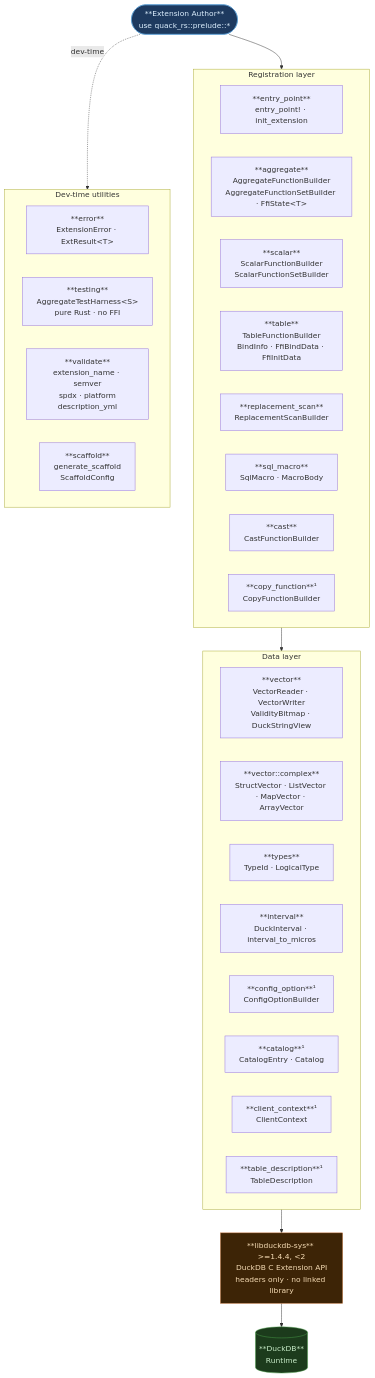
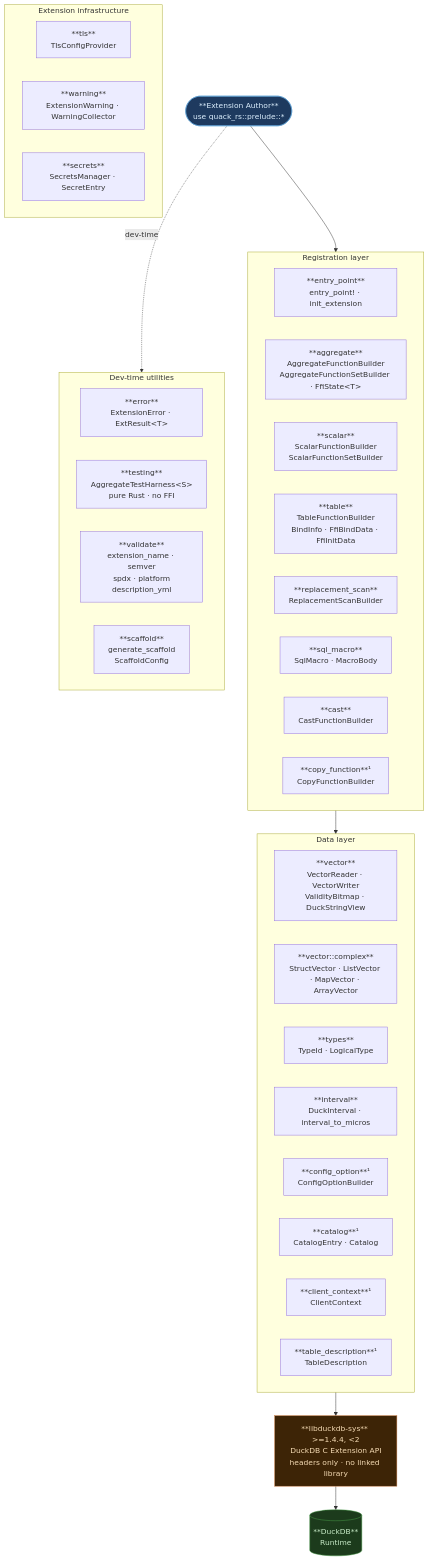
The diagram in README.md (killzoner/quack-rs), drawn with Mermaid before and after one commit. The commit also changed other lines of this file and 12 other files, not shown here.

First line of the commit message:
feat: add tls, warning, secrets modules and enhance ExtensionError for v0.12.0

````diff
--- a/README.md
+++ b/README.md
@@ -577,50 +587,57 @@
 ```mermaid
 flowchart TB
     Author(["**Extension Author**<br/>use quack_rs::prelude::*"]):::author
 
     subgraph REG ["Registration layer"]
         direction LR
         EP["**entry_point**<br/>entry_point! · init_extension"]
         AGG["**aggregate**<br/>AggregateFunctionBuilder<br/>AggregateFunctionSetBuilder · FfiState&lt;T&gt;"]
         SCL["**scalar**<br/>ScalarFunctionBuilder<br/>ScalarFunctionSetBuilder"]
         TBL["**table**<br/>TableFunctionBuilder<br/>BindInfo · FfiBindData · FfiInitData"]
         RSC["**replacement_scan**<br/>ReplacementScanBuilder"]
         SM["**sql_macro**<br/>SqlMacro · MacroBody"]
         CST["**cast**<br/>CastFunctionBuilder"]
         CPY["**copy_function**¹<br/>CopyFunctionBuilder"]
     end
 
     subgraph DATA ["Data layer"]
         direction LR
         VEC["**vector**<br/>VectorReader · VectorWriter<br/>ValidityBitmap · DuckStringView"]
         CMP["**vector::complex**<br/>StructVector · ListVector · MapVector · ArrayVector"]
         TYP["**types**<br/>TypeId · LogicalType"]
         INT["**interval**<br/>DuckInterval · interval_to_micros"]
         CFG["**config_option**¹<br/>ConfigOptionBuilder"]
         CAT["**catalog**¹<br/>CatalogEntry · Catalog"]
         CTX["**client_context**¹<br/>ClientContext"]
         TDS["**table_description**¹<br/>TableDescription"]
     end
 
     SYS["**libduckdb-sys** >=1.4.4, &lt;2<br/>DuckDB C Extension API<br/>headers only · no linked library"]:::ffi
 
     RT[("**DuckDB**<br/>Runtime")]:::duckdb
 
+    subgraph EXT ["Extension infrastructure"]
+        direction LR
+        TLS["**tls**<br/>TlsConfigProvider"]
+        WRN["**warning**<br/>ExtensionWarning · WarningCollector"]
+        SEC["**secrets**<br/>SecretsManager · SecretEntry"]
+    end
+
     subgraph DEV ["Dev-time utilities"]
         direction LR
         ERR["**error**<br/>ExtensionError · ExtResult&lt;T&gt;"]
         TST["**testing**<br/>AggregateTestHarness&lt;S&gt;<br/>pure Rust · no FFI"]
         VAL["**validate**<br/>extension_name · semver<br/>spdx · platform<br/>description_yml"]
         SCF["**scaffold**<br/>generate_scaffold<br/>ScaffoldConfig"]
     end
 
     Author --> REG
     REG    --> DATA
     DATA   --> SYS
     SYS    --> RT
     Author -.->|"dev-time"| DEV
 
     classDef author fill:#1e3a5f,stroke:#5a9fd4,color:#ddf0ff
     classDef ffi fill:#3d2406,stroke:#c87941,color:#f5dbb4
     classDef duckdb fill:#1c3b1c,stroke:#4a9e4a,color:#c8ecc8
 ```
````
